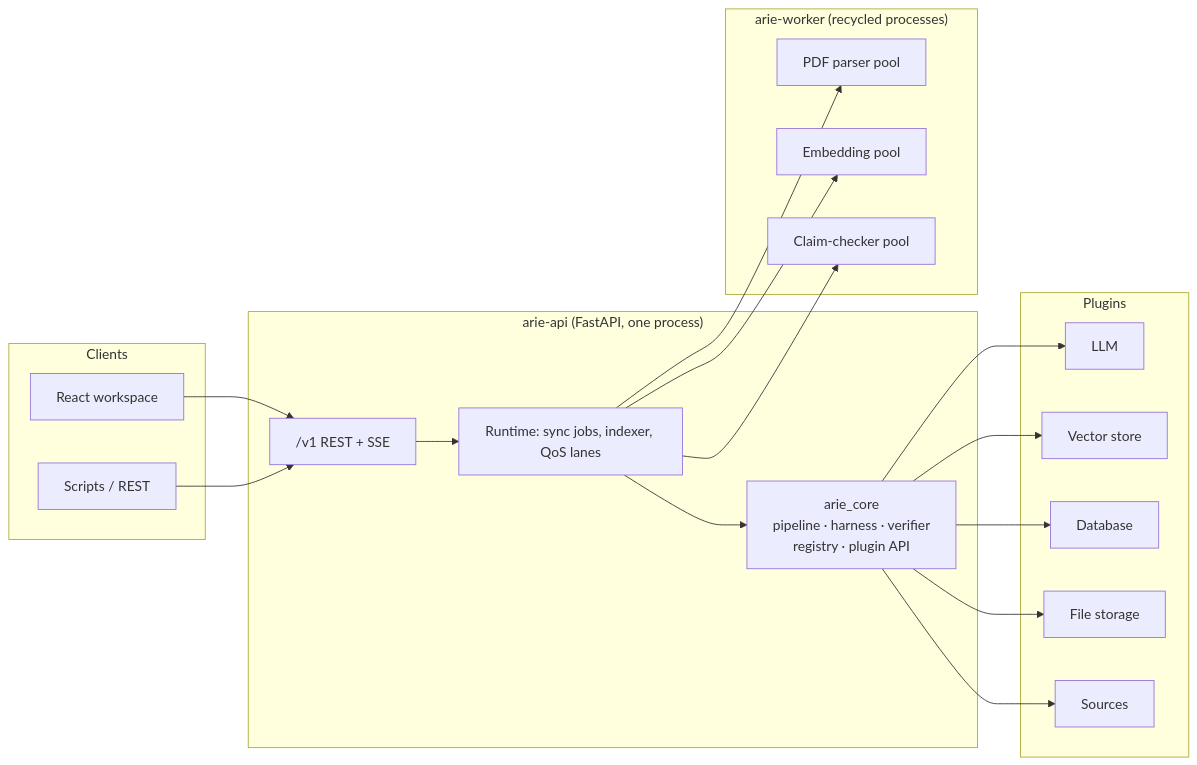
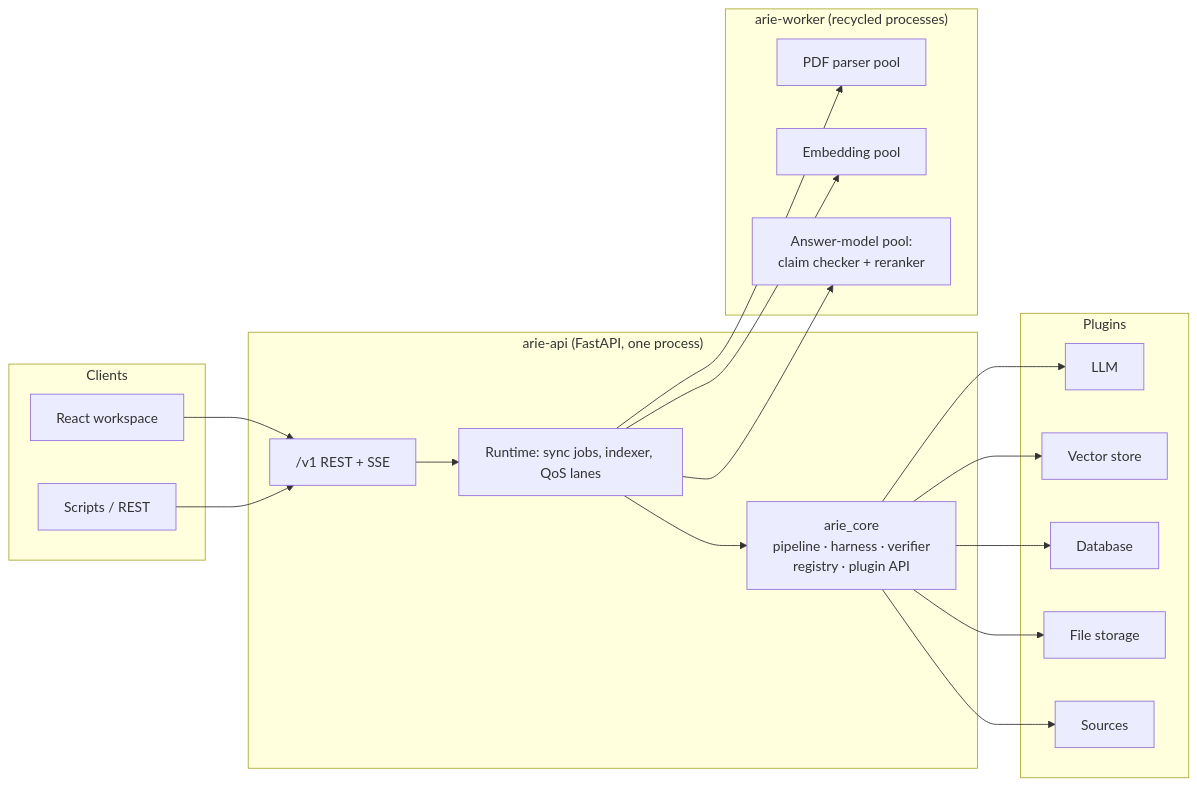
One commit to mlbala/arie changed the first of 2 diagrams in README.md. Above: the diagram before and after it, drawn with Mermaid. The commit also changed other lines of this file and 21 other files, not shown here.

First line of the commit message:
refactor: serve every local model from one generic worker pool

````diff
--- a/README.md
+++ b/README.md
@@ -116,29 +116,29 @@
 ```mermaid
 flowchart LR
   subgraph Clients
     UI[React workspace]
     Scripts[Scripts / REST]
   end
   subgraph API["arie-api (FastAPI, one process)"]
     Routes["/v1 REST + SSE"]
     Runtime[Runtime: sync jobs, indexer, QoS lanes]
     Core["arie_core<br/>pipeline · harness · verifier<br/>registry · plugin API"]
   end
   subgraph Workers["arie-worker (recycled processes)"]
     PDF[PDF parser pool]
     EMB[Embedding pool]
-    NLI[Claim-checker pool]
+    NLI[Answer-model pool:<br/>claim checker + reranker]
   end
   subgraph Plugins
     LLM[LLM]
     VS[Vector store]
     DB[Database]
     FS[File storage]
     SRC[Sources]
   end
   UI --> Routes
   Scripts --> Routes
   Routes --> Runtime --> Core
   Core --> LLM & VS & DB & FS & SRC
   Runtime --> PDF & EMB & NLI
 ```
````
